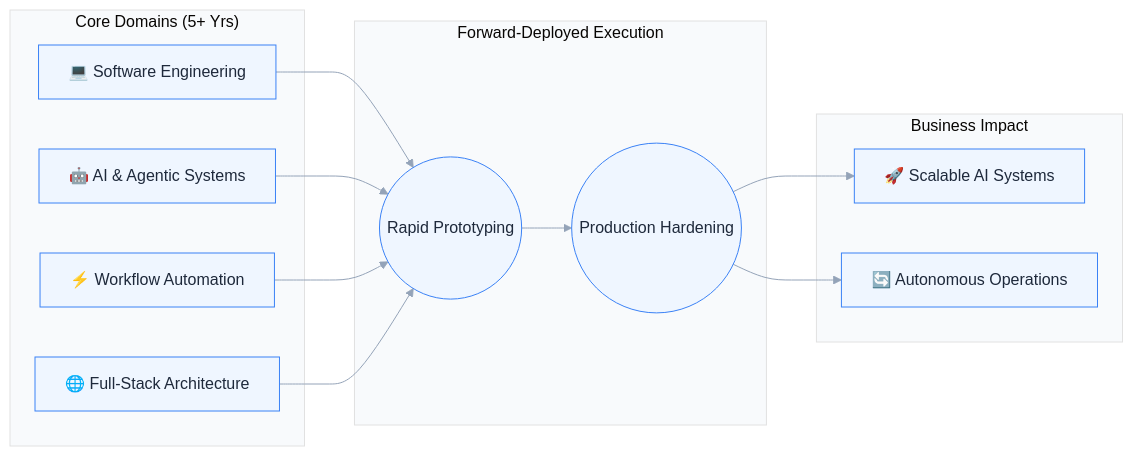
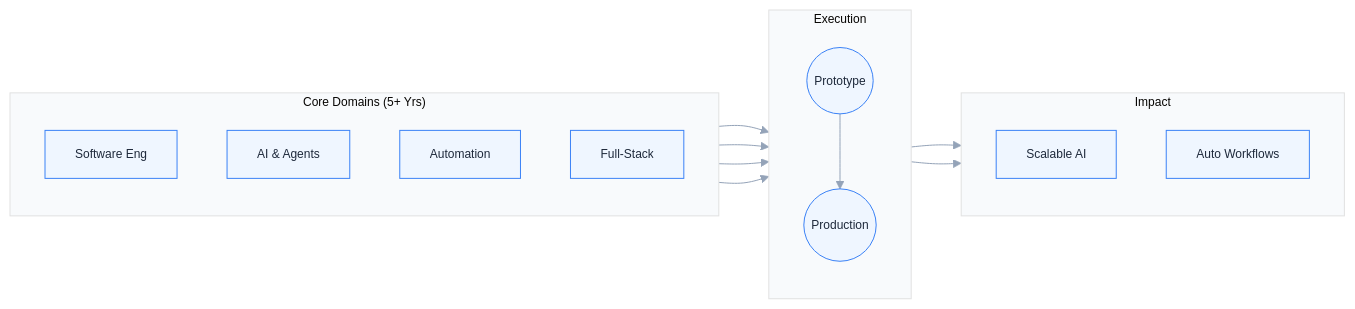
Before and after one commit to Unaibbashir/Unaibbashir: the diagram in README.md, drawn with Mermaid.

````diff
--- a/README.md
+++ b/README.md
@@ -8,25 +8,28 @@
 ```mermaid
-%%{init: {'theme': 'base', 'themeVariables': { 'primaryColor': '#eff6ff', 'primaryTextColor': '#1e293b', 'primaryBorderColor': '#3b82f6', 'lineColor': '#94a3b8', 'secondaryColor': '#fef3c7', 'tertiaryColor': '#f8fafc'}}}%%
+%%{init: {'theme': 'base', 'themeVariables': { 'primaryColor': '#eff6ff', 'primaryTextColor': '#1e293b', 'primaryBorderColor': '#3b82f6', 'lineColor': '#94a3b8', 'secondaryColor': '#fef3c7', 'tertiaryColor': '#f8fafc', 'fontSize': '12px'}}}%%
 flowchart LR
     subgraph Input["Core Domains (5+ Yrs)"]
-        A["💻 Software Engineering"]
-        B["🤖 AI & Agentic Systems"]
-        C["⚡ Workflow Automation"]
-        D["🌐 Full-Stack Architecture"]
+        direction TB
+        A["Software Eng"]
+        B["AI & Agents"]
+        C["Automation"]
+        D["Full-Stack"]
     end
 
-    subgraph Engine["Forward-Deployed Execution"]
-        E(("Rapid Prototyping"))
-        F(("Production Hardening"))
+    subgraph Engine["Execution"]
+        direction TB
+        E(("Prototype"))
+        F(("Production"))
     end
 
-    subgraph Output["Business Impact"]
-        G["🚀 Scalable AI Systems"]
-        H["🔄 Autonomous Operations"]
+    subgraph Output["Impact"]
+        direction TB
+        G["Scalable AI"]
+        H["Auto Workflows"]
     end
 
     A & B --> E
     C & D --> E
     E --> F
     F --> G & H
 ```
````
